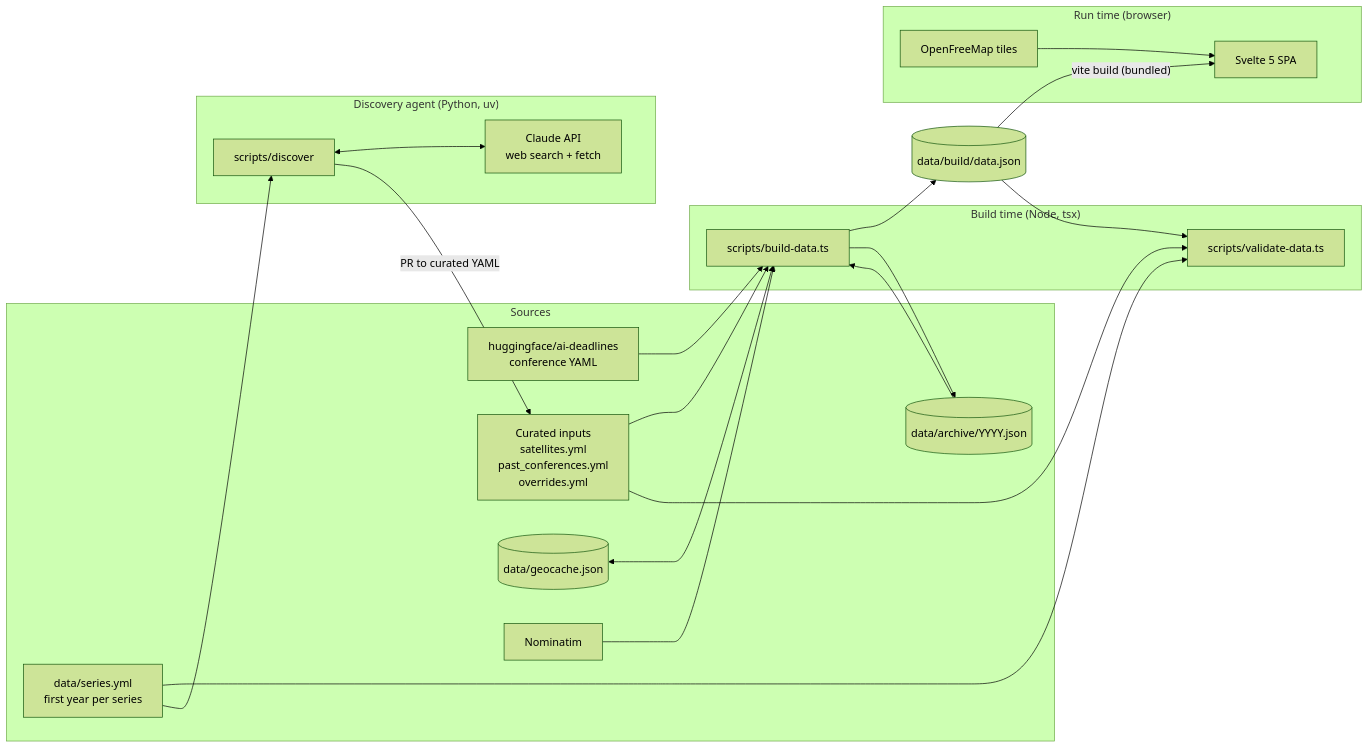
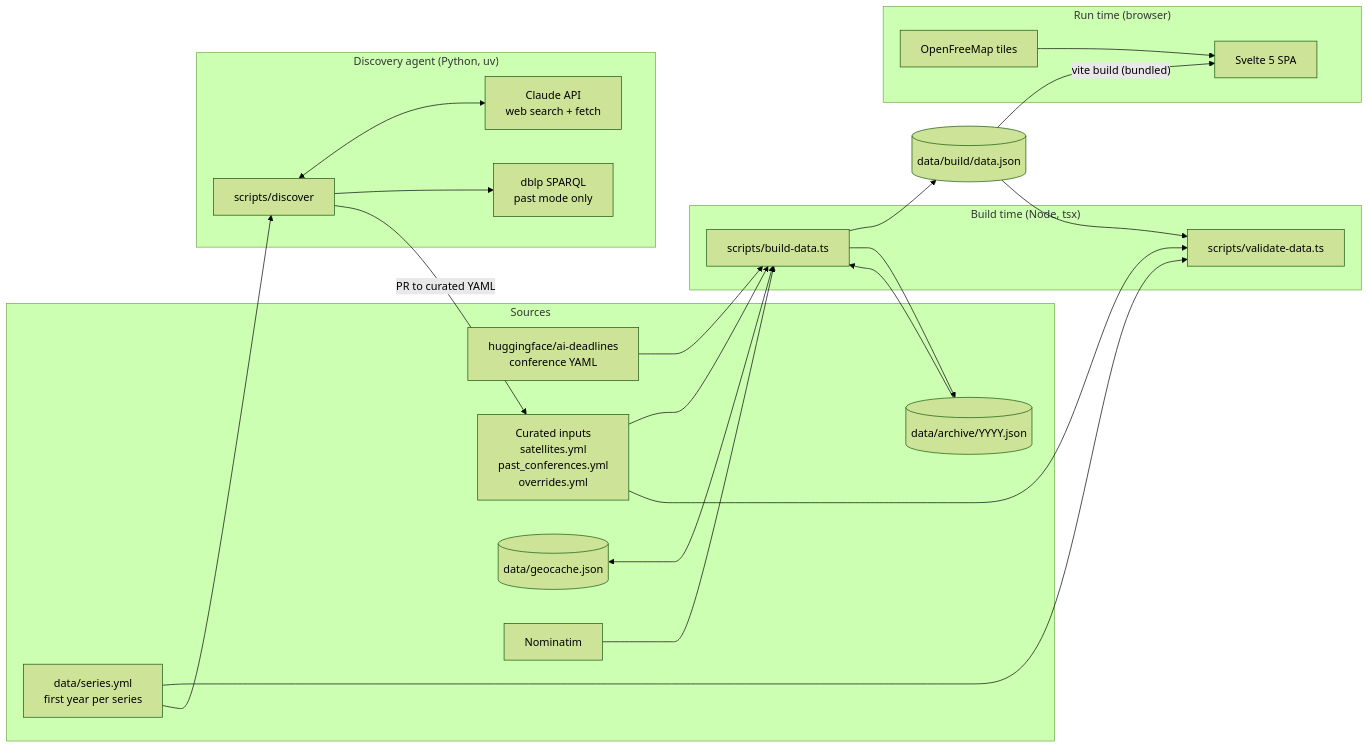
One commit to vict0rsch/confmaps changed the first of 5 diagrams in system-architecture.md. Above: the diagram before and after it, drawn with Mermaid (forest theme). The commit also changed other lines of this file and 9 other files, not shown here.

First line of the commit message:
Discover: read dblp through its SPARQL endpoint

````diff
--- a/system-architecture.md
+++ b/system-architecture.md
@@ -28,44 +28,46 @@
 ```mermaid
 flowchart LR
   subgraph Sources
     HF[huggingface/ai-deadlines<br/>conference YAML]
     CUR[Curated inputs<br/>satellites.yml<br/>past_conferences.yml<br/>overrides.yml]
     SER[data/series.yml<br/>first year per series]
     ARC[(data/archive/YYYY.json)]
     GC[(data/geocache.json)]
     NOM[Nominatim]
   end
 
   subgraph Build["Build time (Node, tsx)"]
     BD[scripts/build-data.ts]
     VD[scripts/validate-data.ts]
   end
 
   DJ[(data/build/data.json)]
 
   subgraph Agent["Discovery agent (Python, uv)"]
     DISC[scripts/discover]
     CL[Claude API<br/>web search + fetch]
+    DBLP[dblp SPARQL<br/>past mode only]
   end
 
   subgraph App["Run time (browser)"]
     SPA[Svelte 5 SPA]
     TILES[OpenFreeMap tiles]
   end
 
   HF --> BD
   CUR --> BD
   ARC --> BD
   GC <--> BD
   NOM --> BD
   BD --> DJ
   BD --> ARC
   DJ --> VD
   CUR --> VD
   SER --> VD
   SER --> DISC
   DISC <--> CL
+  DISC --> DBLP
   DISC -- "PR to curated YAML" --> CUR
   DJ -- "vite build (bundled)" --> SPA
   TILES --> SPA
 ```
````
